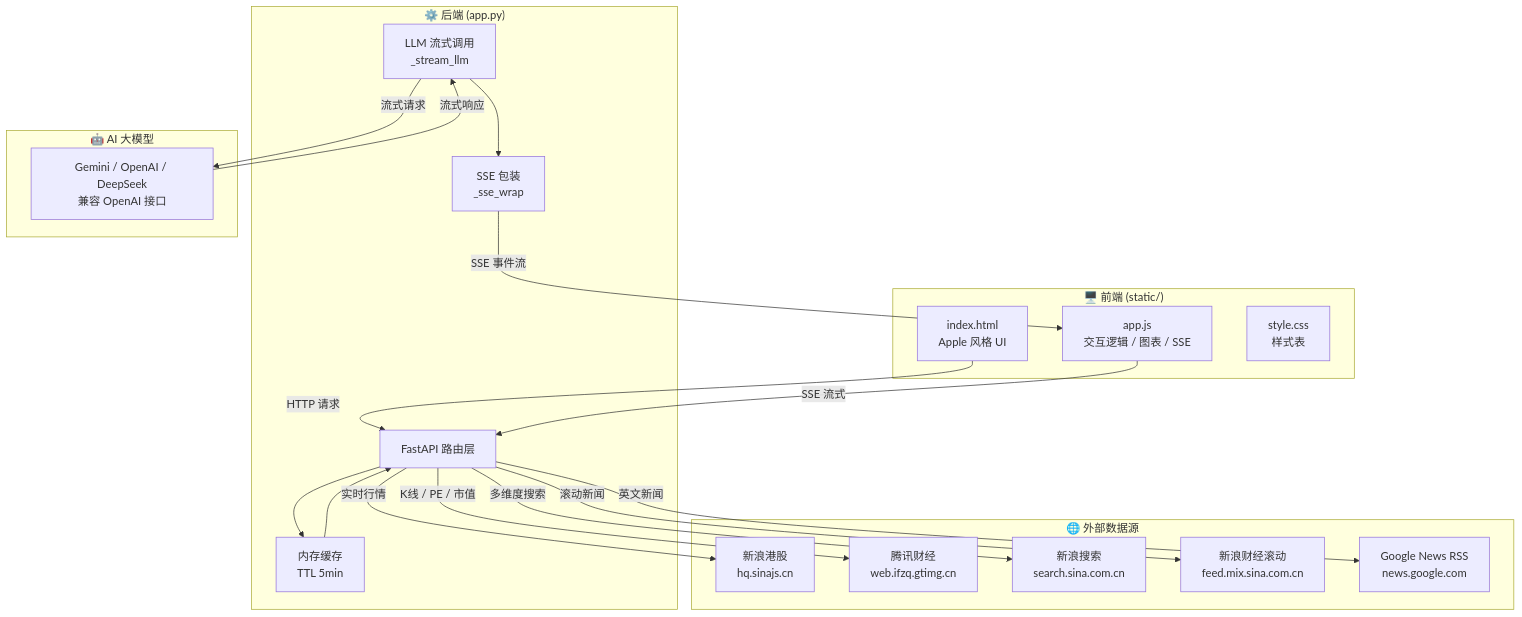
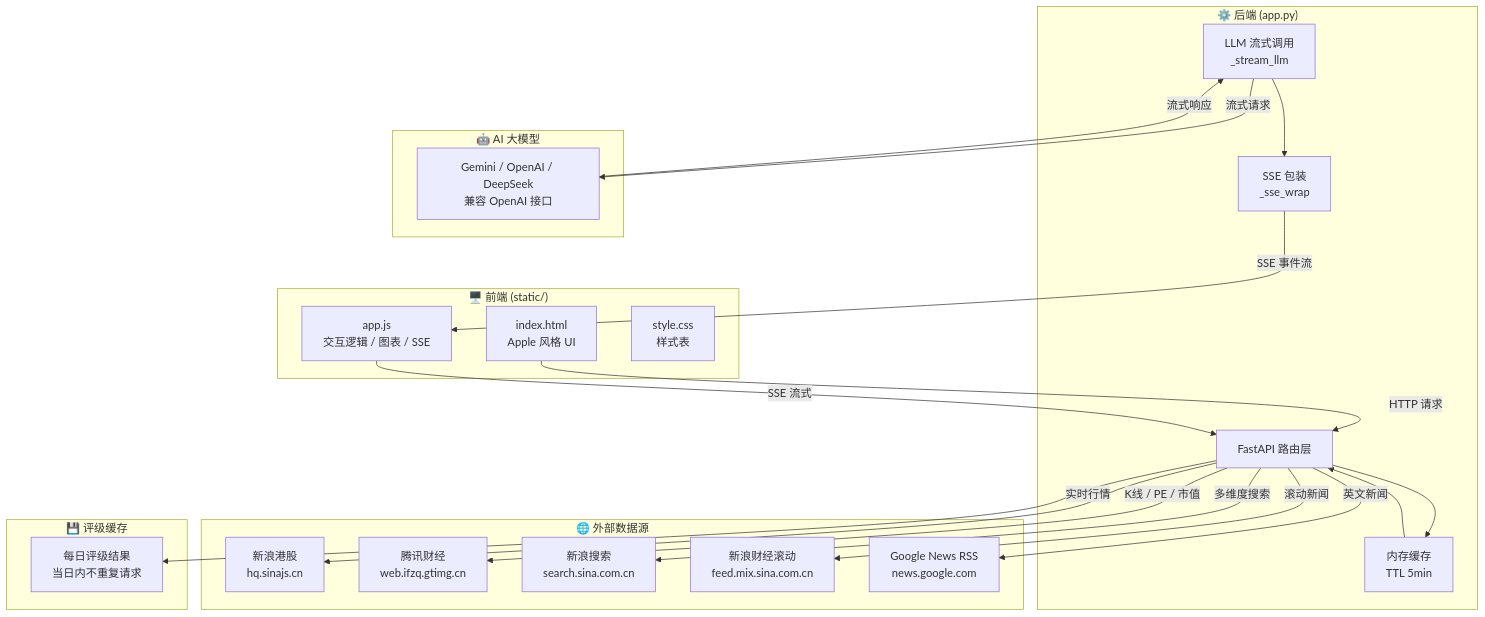
The first of 5 diagrams in README.md (danyangliu-lab/Tencent-Stock-Agent), drawn with Mermaid before and after one commit. The commit also changed other lines of this file and 7 other files, not shown here.

Commit message:
feat: 新增 AI 每日智能评级功能，优化 Gemini 2.5 适配，更新截图与文档

````diff
--- a/README.md
+++ b/README.md
@@ -103,43 +111,48 @@
 ```mermaid
 graph TB
     subgraph 前端 ["🖥️ 前端 (static/)"]
         UI[index.html<br/>Apple 风格 UI]
         JS[app.js<br/>交互逻辑 / 图表 / SSE]
         CSS[style.css<br/>样式表]
     end
 
     subgraph 后端 ["⚙️ 后端 (app.py)"]
         API[FastAPI 路由层]
         Cache[内存缓存<br/>TTL 5min]
         LLM[LLM 流式调用<br/>_stream_llm]
         SSE[SSE 包装<br/>_sse_wrap]
     end
 
     subgraph 外部数据源 ["🌐 外部数据源"]
         SINA_HQ[新浪港股<br/>hq.sinajs.cn]
         TX_FIN[腾讯财经<br/>web.ifzq.gtimg.cn]
         SINA_SEARCH[新浪搜索<br/>search.sina.com.cn]
         SINA_FEED[新浪财经滚动<br/>feed.mix.sina.com.cn]
         GNEWS[Google News RSS<br/>news.google.com]
     end
 
     subgraph AI ["🤖 AI 大模型"]
         GEMINI[Gemini / OpenAI / DeepSeek<br/>兼容 OpenAI 接口]
     end
 
+    subgraph 评级缓存 ["💾 评级缓存"]
+        RATING_CACHE[每日评级结果<br/>当日内不重复请求]
+    end
+
     UI -->|HTTP 请求| API
     JS -->|SSE 流式| API
     API --> Cache
     Cache --> API
+    API --> RATING_CACHE
 
     API -->|实时行情| SINA_HQ
     API -->|K线 / PE / 市值| TX_FIN
     API -->|多维度搜索| SINA_SEARCH
     API -->|滚动新闻| SINA_FEED
     API -->|英文新闻| GNEWS
 
     LLM -->|流式请求| GEMINI
     GEMINI -->|流式响应| LLM
     LLM --> SSE
     SSE -->|SSE 事件流| JS
 ```
````
